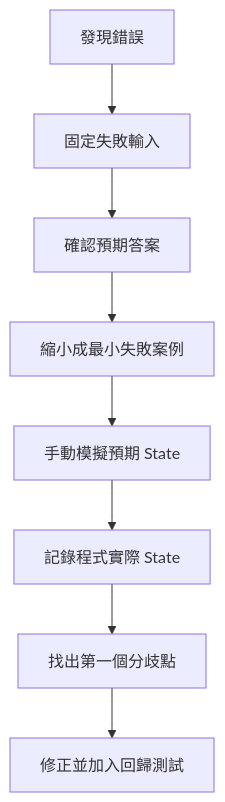
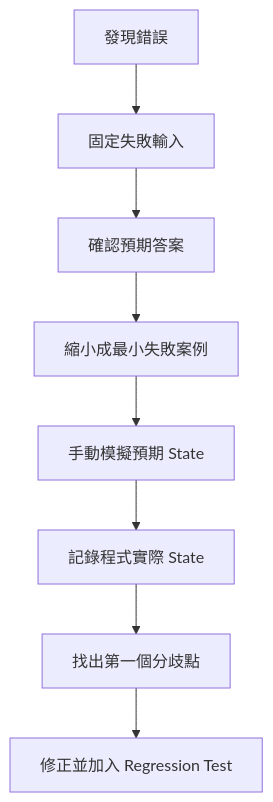
One commit to davidchen0970/algorithm_note changed the first of 4 diagrams in 13_debugging_validation/57_debugging_workflow.md. Above: the diagram before and after it, drawn with Mermaid. The commit also changed other lines of this file and 7 other files, not shown here.

````diff
--- a/13_debugging_validation/57_debugging_workflow.md
+++ b/13_debugging_validation/57_debugging_workflow.md
@@ -18,10 +11,10 @@
 ```mermaid
 flowchart TD
-    A[發現錯誤] --> B[固定失敗輸入]
-    B --> C[確認預期答案]
-    C --> D[縮小成最小失敗案例]
-    D --> E[手動模擬預期 State]
-    E --> F[記錄程式實際 State]
-    F --> G[找出第一個分歧點]
-    G --> H[修正並加入回歸測試]
+    A["發現錯誤"] --> B["固定失敗輸入"]
+    B --> C["確認預期答案"]
+    C --> D["縮小成最小失敗案例"]
+    D --> E["手動模擬預期 State"]
+    E --> F["記錄程式實際 State"]
+    F --> G["找出第一個分歧點"]
+    G --> H["修正並加入 Regression Test"]
 ```
````
